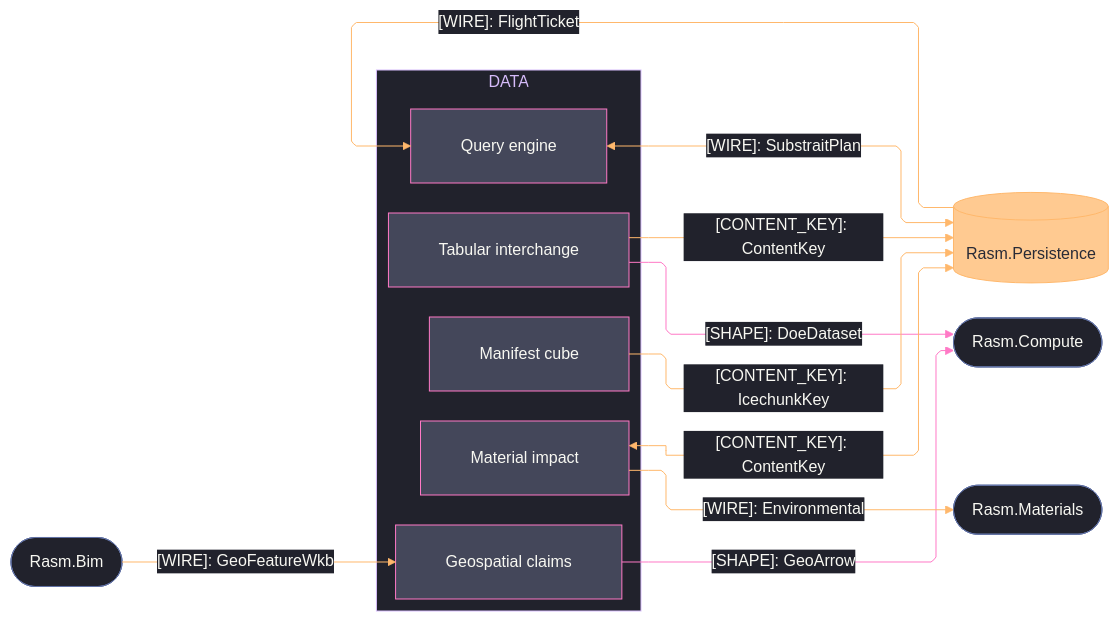
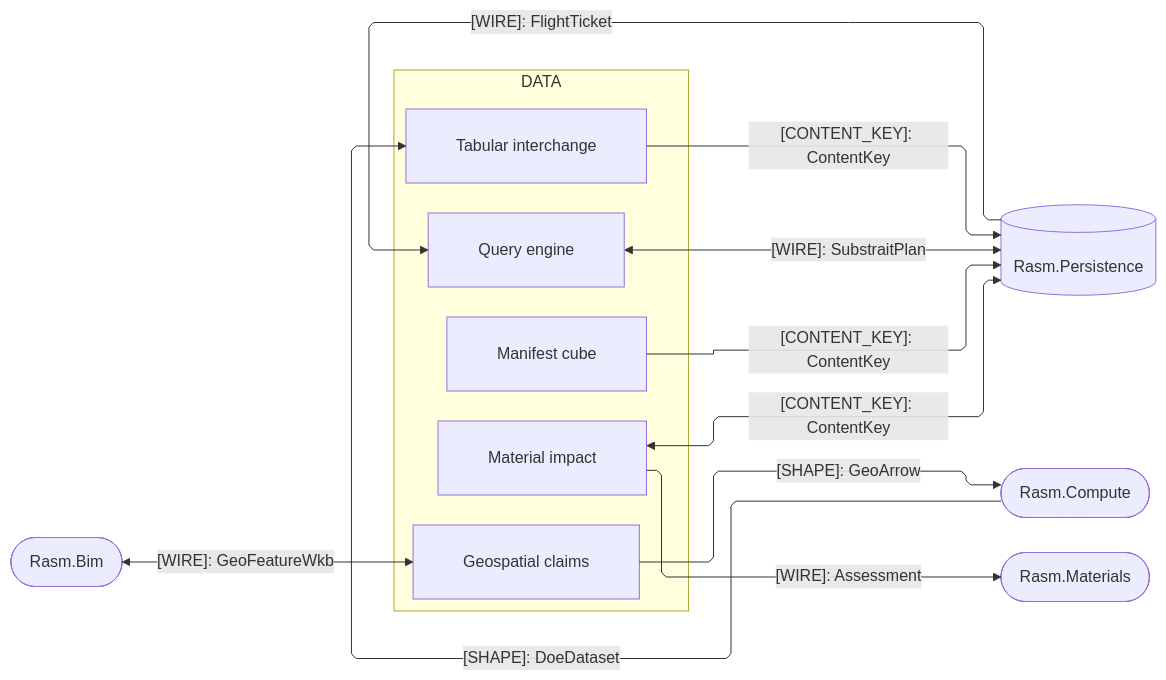
One commit to bsamiee/Rasm changed the second of 3 diagrams in libs/python/data/ARCHITECTURE.md. Above: the diagram before and after it, drawn with Mermaid. The commit also changed other lines of this file and 460 other files, not shown here.

````diff
--- a/libs/python/data/ARCHITECTURE.md
+++ b/libs/python/data/ARCHITECTURE.md
@@ -116,61 +90,32 @@
 ```mermaid
 ---
 config:
-  theme: base
-  look: classic
   layout: elk
   flowchart:
     curve: linear
     padding: 25
-  themeVariables:
-    darkMode: true
-    fontFamily: "SF Mono, Menlo, Cascadia Mono, Segoe UI Mono, Consolas, monospace"
-    useGradient: false
-    dropShadow: "none"
-    background: "#282A36"
-    primaryColor: "#44475A"
-    primaryTextColor: "#F8F8F2"
-    primaryBorderColor: "#BD93F9"
-    lineColor: "#FF79C6"
-    textColor: "#F8F8F2"
-    clusterBkg: "#21222C"
-    clusterBorder: "#D6BCFA"
-    edgeLabelBackground: "#21222C"
-    labelBackgroundColor: "#21222C"
-    titleColor: "#D6BCFA"
-  themeCSS: ".nodeLabel{font-size:13px;font-weight:500}.edgeLabel{font-size:12px;font-weight:500}.cluster-label .nodeLabel{font-size:13.5px;font-weight:700;letter-spacing:.08em}.edge-thickness-normal{stroke-width:2px}.edge-thickness-thick{stroke-width:3px}.edge-pattern-dashed,.edge-pattern-dotted{stroke-width:1.5px;stroke-dasharray:4 6}.node rect,.node circle,.node polygon,.node path,.node .outer-path{stroke-width:1.5px;filter:none!important}.cluster rect{stroke-width:1px!important;stroke-dasharray:5 4!important;filter:none!important}.marker path{transform:scale(.8);transform-origin:5px 5px}.marker circle{transform:scale(.48);transform-origin:5px 5px}.edgeLabel rect{transform-box:fill-box;transform-origin:center;transform:scale(1.1,1.2)}"
 ---
 flowchart LR
     accTitle: Data package C#-peer seam registry
-    accDescr: Data sub-domain owners exchanging frame shapes, content keys, plan wires, and the environmental set with the Rasm.Compute, Persistence, Materials, and Bim C# peers, edge rails colored by kind and nodes classed by seam direction.
+    accDescr: Data sub-domain owners exchanging frame shapes, content keys, plan wires, and the environmental set with the Rasm.Compute, Persistence, Materials, and Bim C# peers.
     subgraph data[DATA]
         Tabular[Tabular interchange]
         Query[Query engine]
         Geospatial[Geospatial claims]
         Virtual[Manifest cube]
         Impact[Material impact]
     end
     Persistence[(Rasm.Persistence)]
     Compute([Rasm.Compute])
     Materials([Rasm.Materials])
     Bim([Rasm.Bim])
-    Tabular e1@-->|"[SHAPE]: DoeDataset"| Compute
+    Compute e1@-->|"[SHAPE]: DoeDataset"| Tabular
     Geospatial e2@-->|"[SHAPE]: GeoArrow"| Compute
     Tabular e3@-->|"[CONTENT_KEY]: ContentKey"| Persistence
     Query e4@<-->|"[WIRE]: SubstraitPlan"| Persistence
-    Virtual e5@-->|"[CONTENT_KEY]: IcechunkKey"| Persistence
+    Virtual e5@-->|"[CONTENT_KEY]: ContentKey"| Persistence
     Impact e6@<-->|"[CONTENT_KEY]: ContentKey"| Persistence
-    Impact e7@-->|"[WIRE]: Environmental"| Materials
-    Bim e8@-->|"[WIRE]: GeoFeatureWkb"| Geospatial
+    Impact e7@-->|"[WIRE]: Assessment"| Materials
+    Bim e8@<-->|"[WIRE]: GeoFeatureWkb"| Geospatial
     Persistence e9@-->|"[WIRE]: FlightTicket"| Query
-    classDef primary fill:#44475A,stroke:#FF79C6,color:#F8F8F2
-    classDef data fill:#FFB86CBF,stroke:#FFB86C,color:#282A36
-    classDef recessed fill:#21222C,stroke:#6272A4,color:#F8F8F2
-    classDef edgeData stroke:#FFB86C,color:#F8F8F2
-    classDef edgeControl stroke:#FF79C6,color:#F8F8F2
-    class Tabular,Query,Geospatial,Virtual,Impact primary
-    class Persistence data
-    class Compute,Materials,Bim recessed
-    class e1,e2 edgeControl
-    class e3,e4,e5,e6,e7,e8,e9 edgeData
 ```
````
